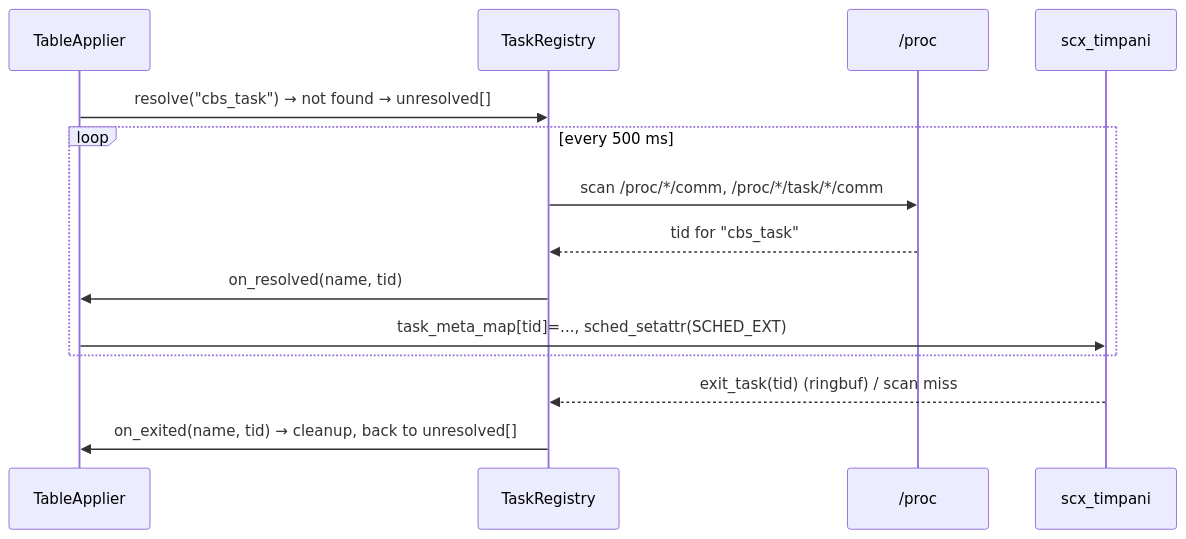
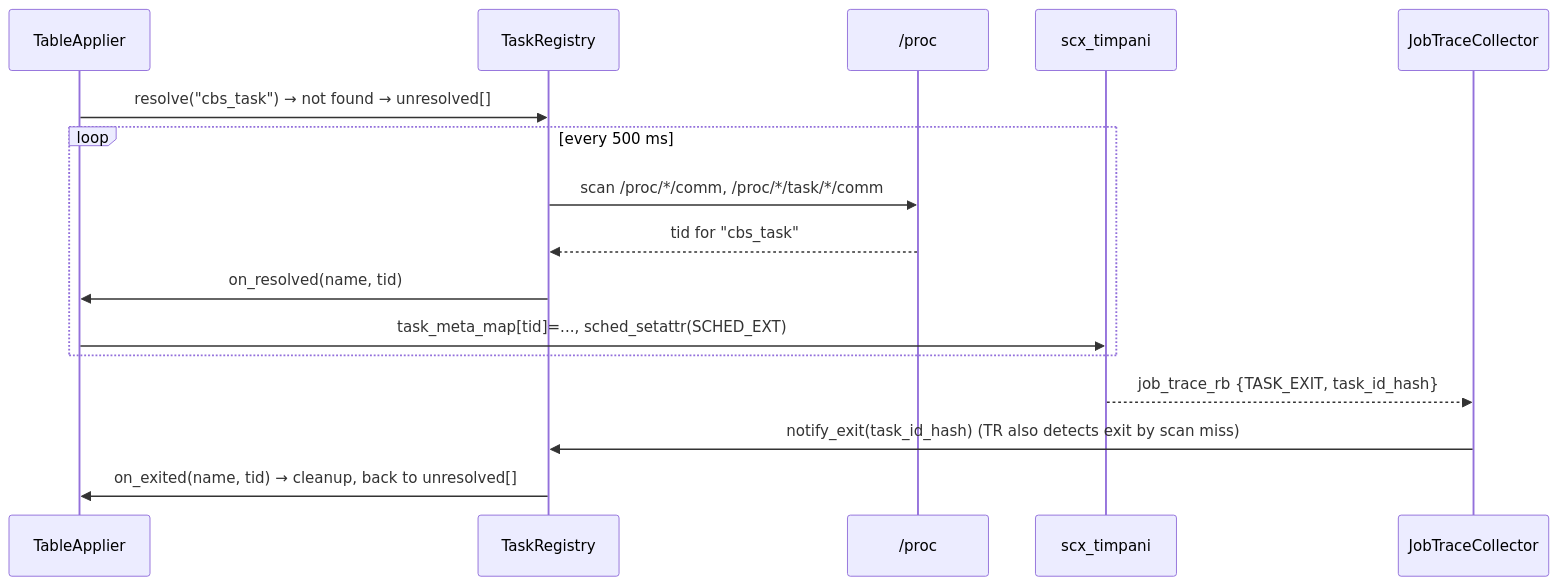
Before and after one commit to eclipse-timpani/timpani26: the eighth of 8 diagrams in doc/design/kor/HLD-008-event-driven-workload-support.md, drawn with Mermaid. The commit also changed other lines of this file and 4 other files, not shown here.

````diff
--- a/doc/design/kor/HLD-008-event-driven-workload-support.md
+++ b/doc/design/kor/HLD-008-event-driven-workload-support.md
@@ -321,16 +337,18 @@
 ```mermaid
 sequenceDiagram
   participant TA as TableApplier
   participant TR as TaskRegistry
   participant P as /proc
   participant BPF as scx_timpani
+  participant JT as JobTraceCollector
   TA->>TR: resolve("cbs_task") → not found → unresolved[]
   loop every 500 ms
     TR->>P: scan /proc/*/comm, /proc/*/task/*/comm
     P-->>TR: tid for "cbs_task"
     TR->>TA: on_resolved(name, tid)
     TA->>BPF: task_meta_map[tid]=..., sched_setattr(SCHED_EXT)
   end
-  BPF-->>TR: exit_task(tid) (ringbuf) / scan miss
+  BPF-->>JT: job_trace_rb {TASK_EXIT, task_id_hash}
+  JT->>TR: notify_exit(task_id_hash) (TR also detects exit by scan miss)
   TR->>TA: on_exited(name, tid) → cleanup, back to unresolved[]
 ```
````
